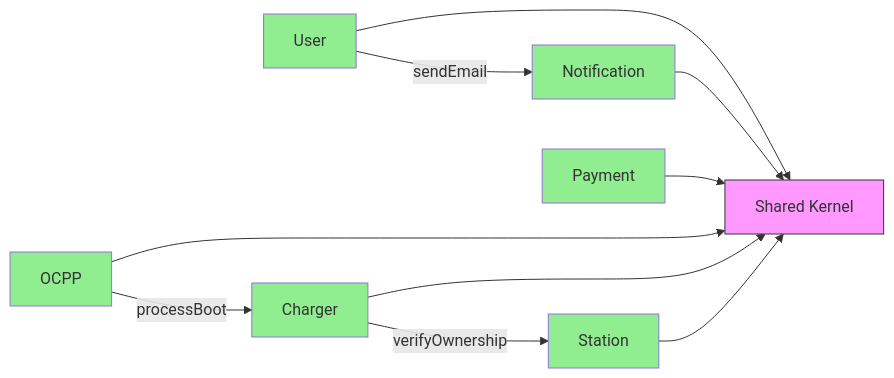
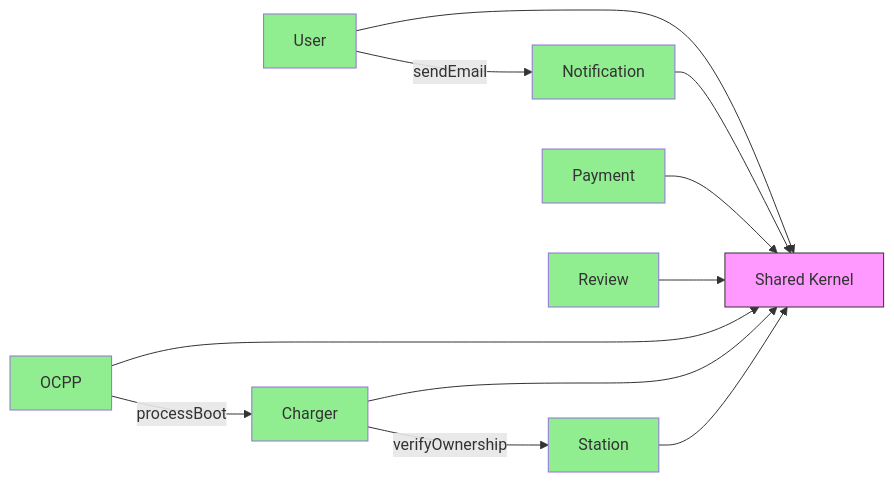
Before and after one commit to Sherllgen/DATN: the second of 2 diagrams in evgo/docs/backend-features-overview.md, drawn with Mermaid. The commit also changed other lines of this file and 16 other files, not shown here.

````diff
--- a/evgo/docs/backend-features-overview.md
+++ b/evgo/docs/backend-features-overview.md
@@ -99,23 +103,25 @@
 ```mermaid
 flowchart LR
     SK[Shared Kernel]
 
     User --> SK
     Station --> SK
     Charger --> SK
     OCPP --> SK
     Notification --> SK
     Payment --> SK
+    Review --> SK
 
     User -->|sendEmail| Notification
     Charger -->|verifyOwnership| Station
     OCPP -->|processBoot| Charger
 
     style SK fill:#f9f,stroke:#333
     style User fill:#90EE90
     style Station fill:#90EE90
     style Charger fill:#90EE90
     style OCPP fill:#90EE90
     style Notification fill:#90EE90
     style Payment fill:#90EE90
+    style Review fill:#90EE90
 ```
````
